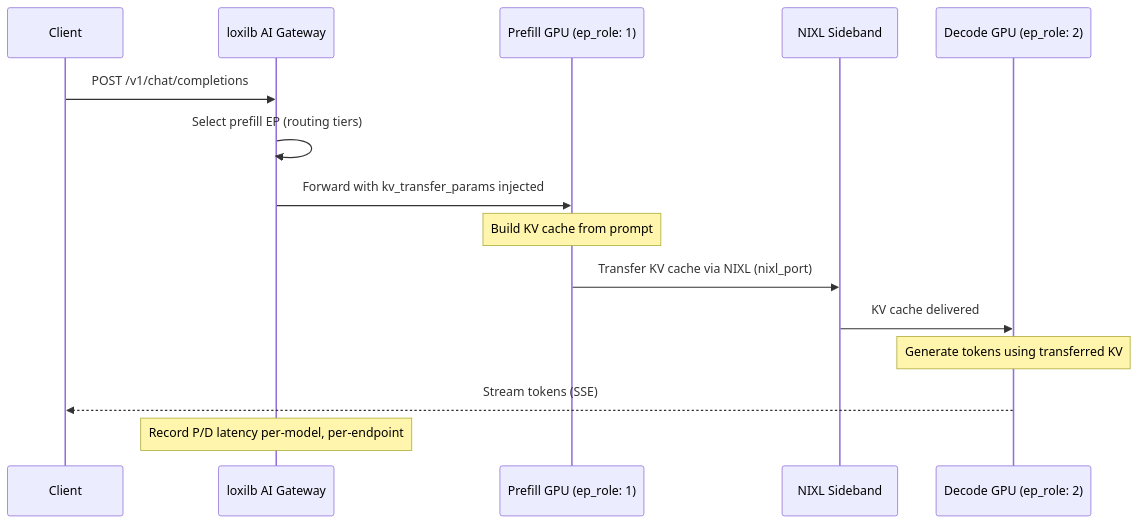
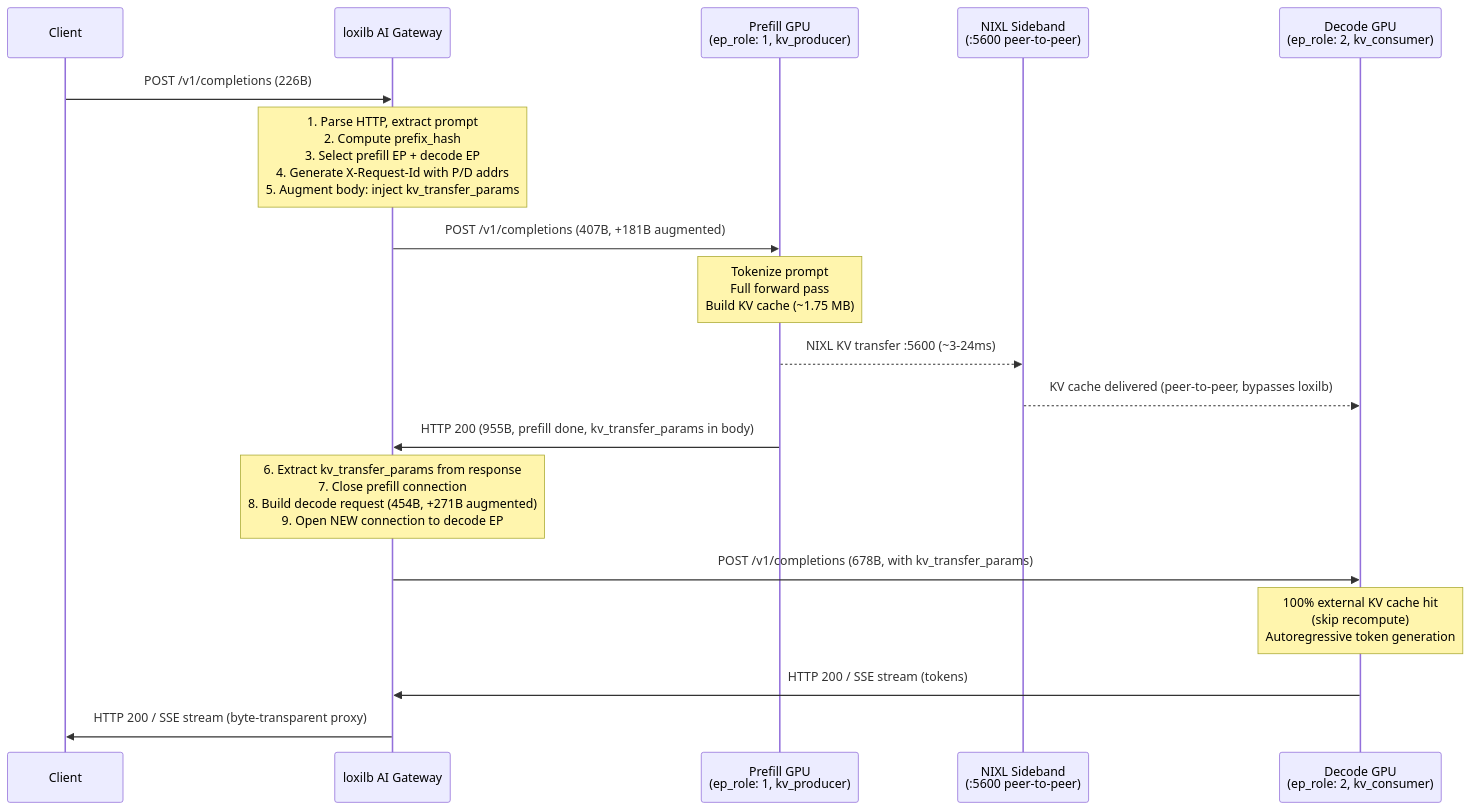
One commit to NLX-SeokHwanKong/loxilbdocs changed the second of 4 diagrams in docs/ai-gateway/pd-disaggregation.md. Above: the diagram before and after it, drawn with Mermaid. The commit also changed other lines of this file and 7 other files, not shown here.

````diff
--- a/docs/ai-gateway/pd-disaggregation.md
+++ b/docs/ai-gateway/pd-disaggregation.md
@@ -45,18 +45,21 @@
 ```mermaid
 sequenceDiagram
     participant Client
     participant loxilb as loxilb AI Gateway
-    participant Prefill as Prefill GPU (ep_role: 1)
-    participant NIXL as NIXL Sideband
-    participant Decode as Decode GPU (ep_role: 2)
+    participant Prefill as Prefill GPU<br/>(ep_role: 1, kv_producer)
+    participant NIXL as NIXL Sideband<br/>(:5600 peer-to-peer)
+    participant Decode as Decode GPU<br/>(ep_role: 2, kv_consumer)
 
-    Client->>loxilb: POST /v1/chat/completions
-    loxilb->>loxilb: Select prefill EP (routing tiers)
-    loxilb->>Prefill: Forward with kv_transfer_params injected
-    Note over Prefill: Build KV cache from prompt
-    Prefill->>NIXL: Transfer KV cache via NIXL (nixl_port)
-    NIXL->>Decode: KV cache delivered
-    Note over Decode: Generate tokens using transferred KV
-    Decode-->>Client: Stream tokens (SSE)
-    Note over loxilb: Record P/D latency per-model, per-endpoint
+    Client->>loxilb: POST /v1/completions (226B)
+    Note over loxilb: 1. Parse HTTP, extract prompt<br/>2. Compute prefix_hash<br/>3. Select prefill EP + decode EP<br/>4. Generate X-Request-Id with P/D addrs<br/>5. Augment body: inject kv_transfer_params
+    loxilb->>Prefill: POST /v1/completions (407B, +181B augmented)
+    Note over Prefill: Tokenize prompt<br/>Full forward pass<br/>Build KV cache (~1.75 MB)
+    Prefill-->>NIXL: NIXL KV transfer :5600 (~3-24ms)
+    NIXL-->>Decode: KV cache delivered (peer-to-peer, bypasses loxilb)
+    Prefill->>loxilb: HTTP 200 (955B, prefill done, kv_transfer_params in body)
+    Note over loxilb: 6. Extract kv_transfer_params from response<br/>7. Close prefill connection<br/>8. Build decode request (454B, +271B augmented)<br/>9. Open NEW connection to decode EP
+    loxilb->>Decode: POST /v1/completions (678B, with kv_transfer_params)
+    Note over Decode: 100% external KV cache hit<br/>(skip recompute)<br/>Autoregressive token generation
+    Decode->>loxilb: HTTP 200 / SSE stream (tokens)
+    loxilb->>Client: HTTP 200 / SSE stream (byte-transparent proxy)
 ```
````
